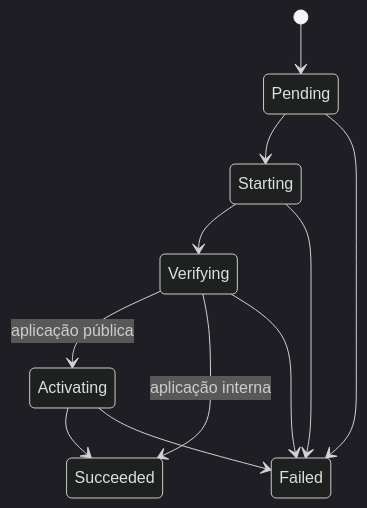
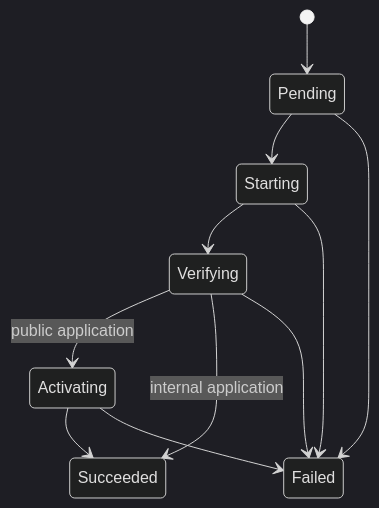
The diagram in docs/architecture/architecture.md (vitoraalmeida/pneuma), drawn with Mermaid (dark theme) before and after one commit. The commit also changed other lines of this file and 13 other files, not shown here.

````diff
--- a/docs/architecture/architecture.md
+++ b/docs/architecture/architecture.md
@@ -179,14 +180,14 @@
 ```mermaid
 stateDiagram-v2
     [*] --> Pending
     Pending --> Starting
     Starting --> Verifying
-    Verifying --> Activating : aplicação pública
-    Verifying --> Succeeded : aplicação interna
+    Verifying --> Activating : public application
+    Verifying --> Succeeded : internal application
     Activating --> Succeeded
 
     Pending --> Failed
     Starting --> Failed
     Verifying --> Failed
     Activating --> Failed
 ```
````
